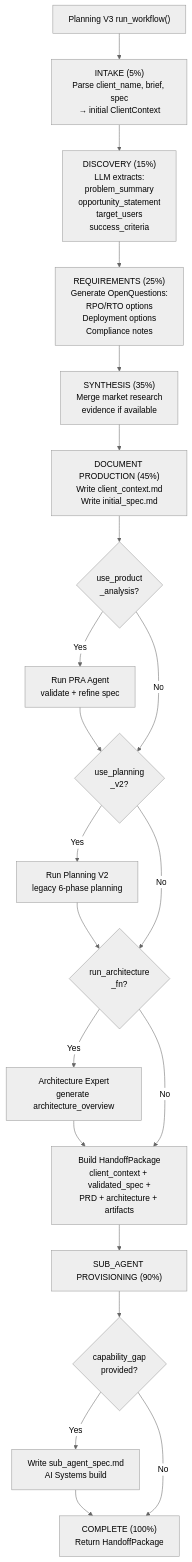
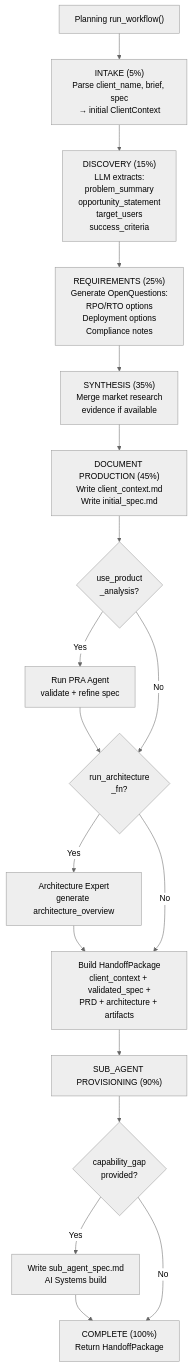
Before and after one commit to brandonkindred/Khala-Agentic-AI-Teams: the eighth of 11 diagrams in backend/agents/software_engineering_team/system_design/SE_Flow_Charts.md, drawn with Mermaid (neutral theme). The commit also changed other lines of this file and 217 other files, not shown here.

````diff
--- a/backend/agents/software_engineering_team/system_design/SE_Flow_Charts.md
+++ b/backend/agents/software_engineering_team/system_design/SE_Flow_Charts.md
@@ -331,47 +331,41 @@
 ```mermaid
 flowchart TD
-    START["Planning V3 run_workflow()"]
+    START["Planning run_workflow()"]
 
     INTAKE["INTAKE (5%)\nParse client_name, brief, spec\n→ initial ClientContext"]
 
     DISC["DISCOVERY (15%)\nLLM extracts:\nproblem_summary\nopportunity_statement\ntarget_users\nsuccess_criteria"]
 
     REQ["REQUIREMENTS (25%)\nGenerate OpenQuestions:\nRPO/RTO options\nDeployment options\nCompliance notes"]
 
     SYN["SYNTHESIS (35%)\nMerge market research\nevidence if available"]
 
     DOCPROD["DOCUMENT PRODUCTION (45%)\nWrite client_context.md\nWrite initial_spec.md"]
 
     PRA_OPT{"use_product\n_analysis?"}
     PRA_RUN["Run PRA Agent\nvalidate + refine spec"]
-
-    PV2_OPT{"use_planning\n_v2?"}
-    PV2_RUN["Run Planning V2\nlegacy 6-phase planning"]
 
     ARCH_OPT{"run_architecture\n_fn?"}
     ARCH_RUN["Architecture Expert\ngenerate architecture_overview"]
 
     HANDOFF["Build HandoffPackage\nclient_context + validated_spec +\nPRD + architecture + artifacts"]
 
     SUB["SUB_AGENT PROVISIONING (90%)"]
     GAP{"capability_gap\nprovided?"}
     BUILD["Write sub_agent_spec.md\nAI Systems build"]
 
     DONE["COMPLETE (100%)\nReturn HandoffPackage"]
 
     START --> INTAKE --> DISC --> REQ --> SYN --> DOCPROD
 
     DOCPROD --> PRA_OPT
-    PRA_OPT -->|Yes| PRA_RUN --> PV2_OPT
-    PRA_OPT -->|No| PV2_OPT
-
-    PV2_OPT -->|Yes| PV2_RUN --> ARCH_OPT
-    PV2_OPT -->|No| ARCH_OPT
+    PRA_OPT -->|Yes| PRA_RUN --> ARCH_OPT
+    PRA_OPT -->|No| ARCH_OPT
 
     ARCH_OPT -->|Yes| ARCH_RUN --> HANDOFF
     ARCH_OPT -->|No| HANDOFF
 
     HANDOFF --> SUB --> GAP
     GAP -->|Yes| BUILD --> DONE
     GAP -->|No| DONE
 ```
````
